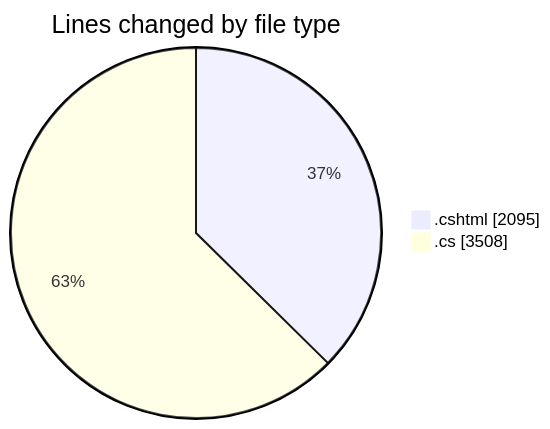
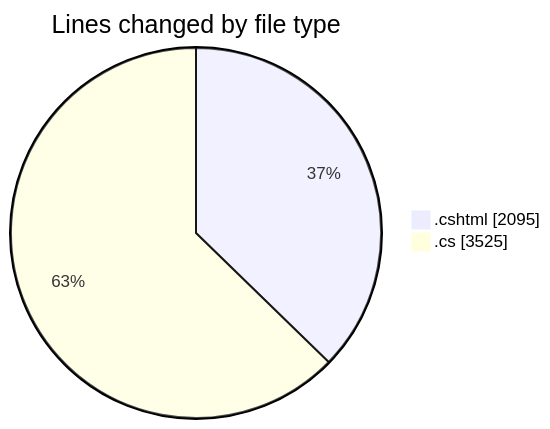
The first of 2 diagrams in 2025-07-17/nhahang/README.md (lephambinh05/code-tracking), drawn with Mermaid before and after one commit. The commit also changed other lines of this file and 1 other file, not shown here.

````diff
--- a/2025-07-17/nhahang/README.md
+++ b/2025-07-17/nhahang/README.md
@@ -86,6 +86,6 @@
 ```mermaid
 pie showData
 title Lines changed by file type
 ".cshtml" : 2095
-".cs" : 3508
+".cs" : 3525
 ```
````
